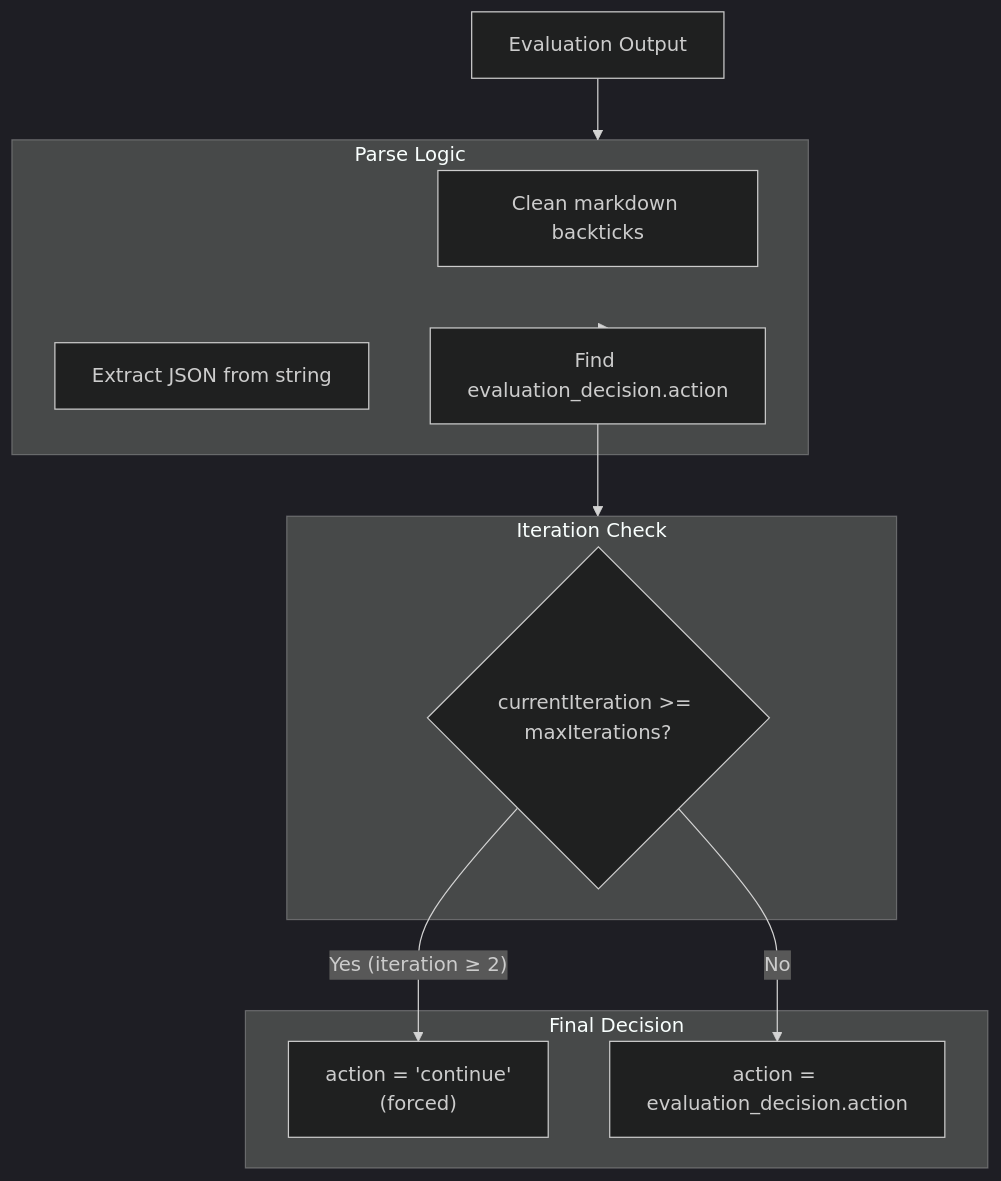
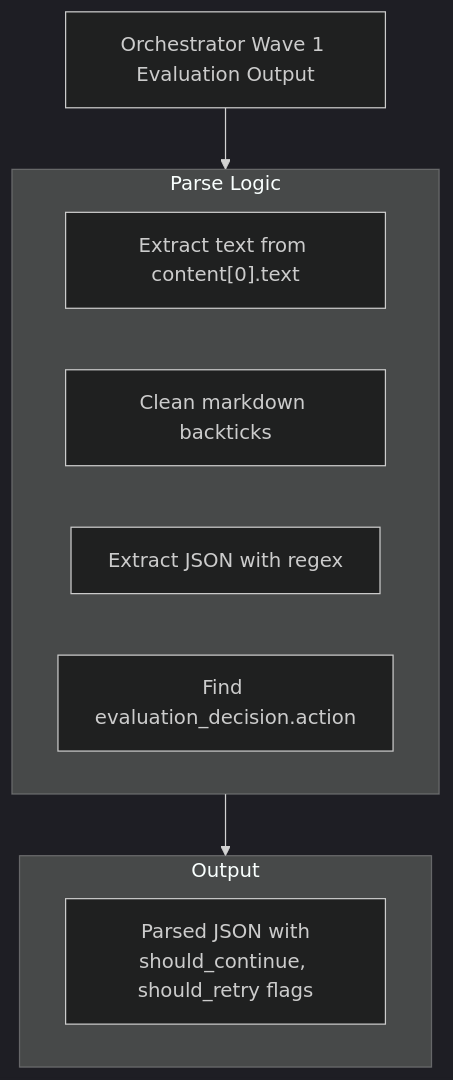
Before and after one commit to damianstetsonair/sales-n8n-ia: the tenth of 17 diagrams in WORKFLOW-DIAGRAM.md, drawn with Mermaid (dark theme). The commit also changed other lines of this file and 8 other files, not shown here.

Commit message:
update flows based in parallel workflow

````diff
--- a/WORKFLOW-DIAGRAM.md
+++ b/WORKFLOW-DIAGRAM.md
@@ -662,24 +667,17 @@
 ```mermaid
 flowchart TB
-    INPUT["Evaluation Output"]
+    INPUT["Orchestrator Wave 1 Evaluation Output"]
 
     subgraph PARSE["Parse Logic"]
-        P1["Clean markdown backticks"]
-        P2["Extract JSON from string"]
-        P3["Find evaluation_decision.action"]
+        P1["Extract text from content[0].text"]
+        P2["Clean markdown backticks"]
+        P3["Extract JSON with regex"]
+        P4["Find evaluation_decision.action"]
     end
 
-    subgraph CHECK["Iteration Check"]
-        C1{"currentIteration >= maxIterations?"}
+    subgraph OUTPUT["Output"]
+        JSON["Parsed JSON with<br/>should_continue, should_retry flags"]
     end
 
-    subgraph OUTPUT["Final Decision"]
-        FORCE["action = 'continue'<br/>(forced)"]
-        PASS["action = evaluation_decision.action"]
-    end
-
-    INPUT --> PARSE --> P3
-    P3 --> CHECK
-    C1 -->|"Yes (iteration ≥ 2)"| FORCE
-    C1 -->|"No"| PASS
+    INPUT --> PARSE --> OUTPUT
 ```
````
